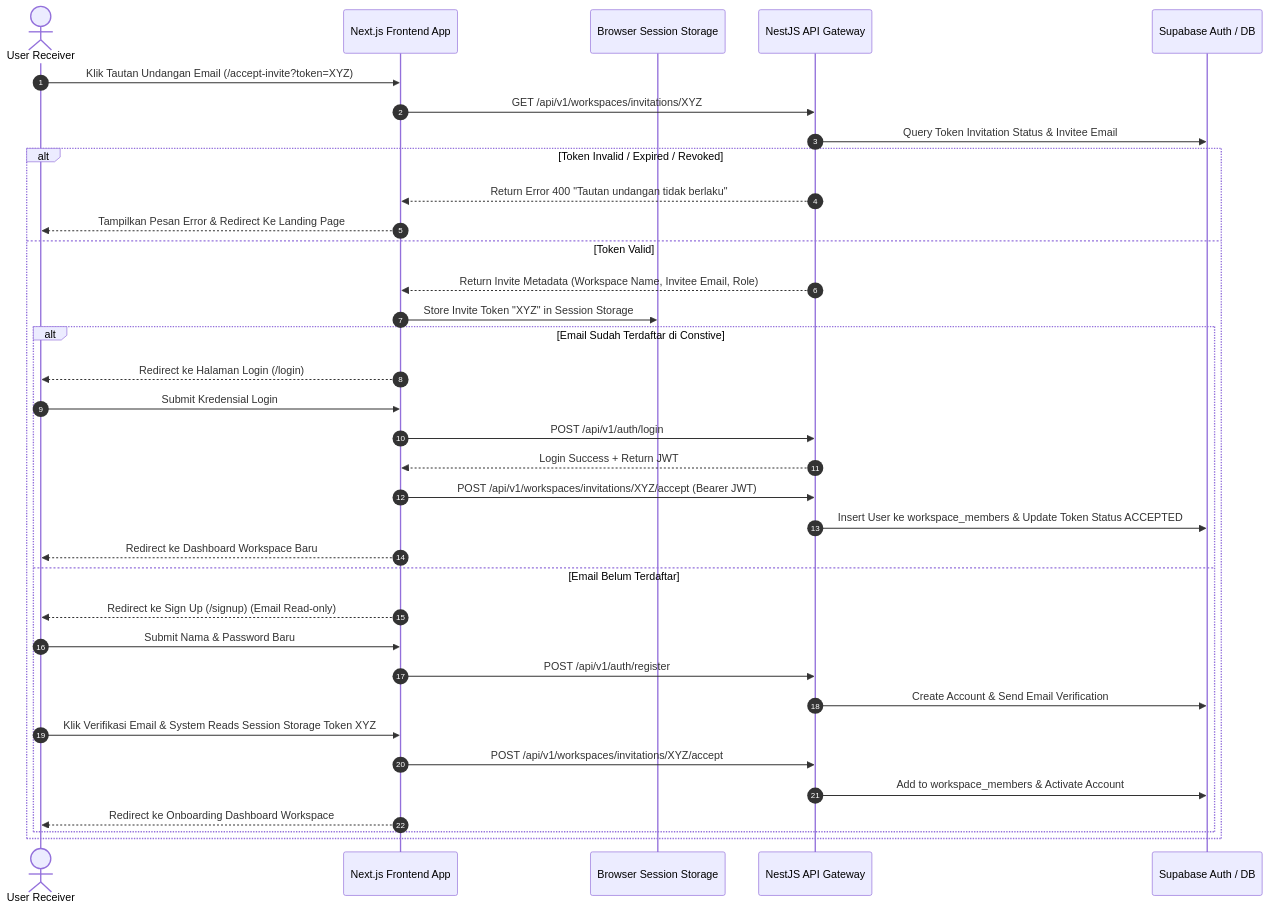
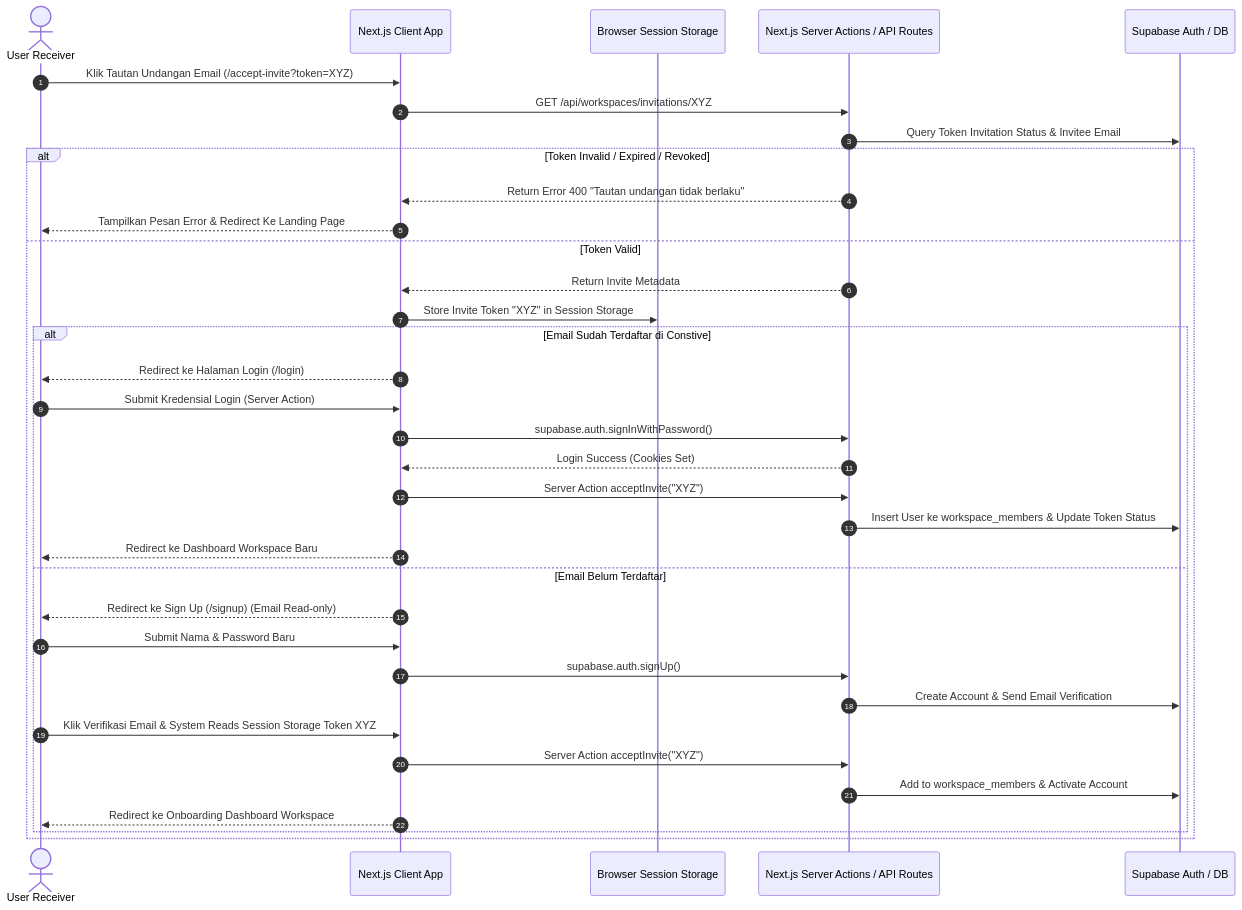
Before and after one commit to ilhamridzuan/Constive: the third of 3 diagrams in docs/Technical Design Document_ Constive.md, drawn with Mermaid. The commit also changed other lines of this file and 143 other files, not shown here.

````diff
--- a/docs/Technical Design Document_ Constive.md
+++ b/docs/Technical Design Document_ Constive.md
@@ -1352,38 +1401,38 @@
 ```mermaid
 sequenceDiagram
     autonumber
     actor Invitee as User Receiver
-    participant Frontend as Next.js Frontend App
+    participant Frontend as Next.js Client App
     participant Session as Browser Session Storage
-    participant Backend as NestJS API Gateway
+    participant Backend as Next.js Server Actions / API Routes
     participant Supabase as Supabase Auth / DB
 
     Invitee->>Frontend: Klik Tautan Undangan Email (/accept-invite?token=XYZ)
-    Frontend->>Backend: GET /api/v1/workspaces/invitations/XYZ
+    Frontend->>Backend: GET /api/workspaces/invitations/XYZ
     Backend->>Supabase: Query Token Invitation Status & Invitee Email
     alt Token Invalid / Expired / Revoked
         Backend-->>Frontend: Return Error 400 "Tautan undangan tidak berlaku"
         Frontend-->>Invitee: Tampilkan Pesan Error & Redirect Ke Landing Page
     else Token Valid
-        Backend-->>Frontend: Return Invite Metadata (Workspace Name, Invitee Email, Role)
+        Backend-->>Frontend: Return Invite Metadata
         Frontend->>Session: Store Invite Token "XYZ" in Session Storage
         alt Email Sudah Terdaftar di Constive
             Frontend-->>Invitee: Redirect ke Halaman Login (/login)
-            Invitee->>Frontend: Submit Kredensial Login
-            Frontend->>Backend: POST /api/v1/auth/login
-            Backend-->>Frontend: Login Success + Return JWT
-            Frontend->>Backend: POST /api/v1/workspaces/invitations/XYZ/accept (Bearer JWT)
-            Backend->>Supabase: Insert User ke workspace_members & Update Token Status ACCEPTED
+            Invitee->>Frontend: Submit Kredensial Login (Server Action)
+            Frontend->>Backend: supabase.auth.signInWithPassword()
+            Backend-->>Frontend: Login Success (Cookies Set)
+            Frontend->>Backend: Server Action acceptInvite("XYZ")
+            Backend->>Supabase: Insert User ke workspace_members & Update Token Status
             Frontend-->>Invitee: Redirect ke Dashboard Workspace Baru
         else Email Belum Terdaftar
             Frontend-->>Invitee: Redirect ke Sign Up (/signup) (Email Read-only)
             Invitee->>Frontend: Submit Nama & Password Baru
-            Frontend->>Backend: POST /api/v1/auth/register
+            Frontend->>Backend: supabase.auth.signUp()
             Backend->>Supabase: Create Account & Send Email Verification
             Invitee->>Frontend: Klik Verifikasi Email & System Reads Session Storage Token XYZ
-            Frontend->>Backend: POST /api/v1/workspaces/invitations/XYZ/accept
+            Frontend->>Backend: Server Action acceptInvite("XYZ")
             Backend->>Supabase: Add to workspace_members & Activate Account
             Frontend-->>Invitee: Redirect ke Onboarding Dashboard Workspace
         end
     end
 ```
````
